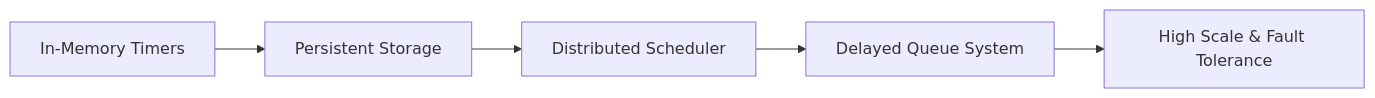
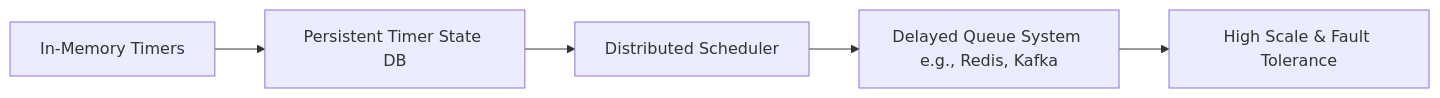
The fifth of 5 diagrams in README.md (QinisoCele/event-driven-dnr-system), drawn with Mermaid before and after one commit. The commit also changed other lines of this file, not shown here.

````diff
--- a/README.md
+++ b/README.md
@@ -161,8 +176,8 @@
 ```mermaid
 flowchart LR
-    A[In-Memory Timers] --> B[Persistent Storage]
+    A[In-Memory Timers] --> B[Persistent Timer State DB]
     B --> C[Distributed Scheduler]
-    C --> D[Delayed Queue System]
+    C --> D[Delayed Queue System e.g., Redis, Kafka]
 
     D --> E[High Scale & Fault Tolerance]
 ```
````
